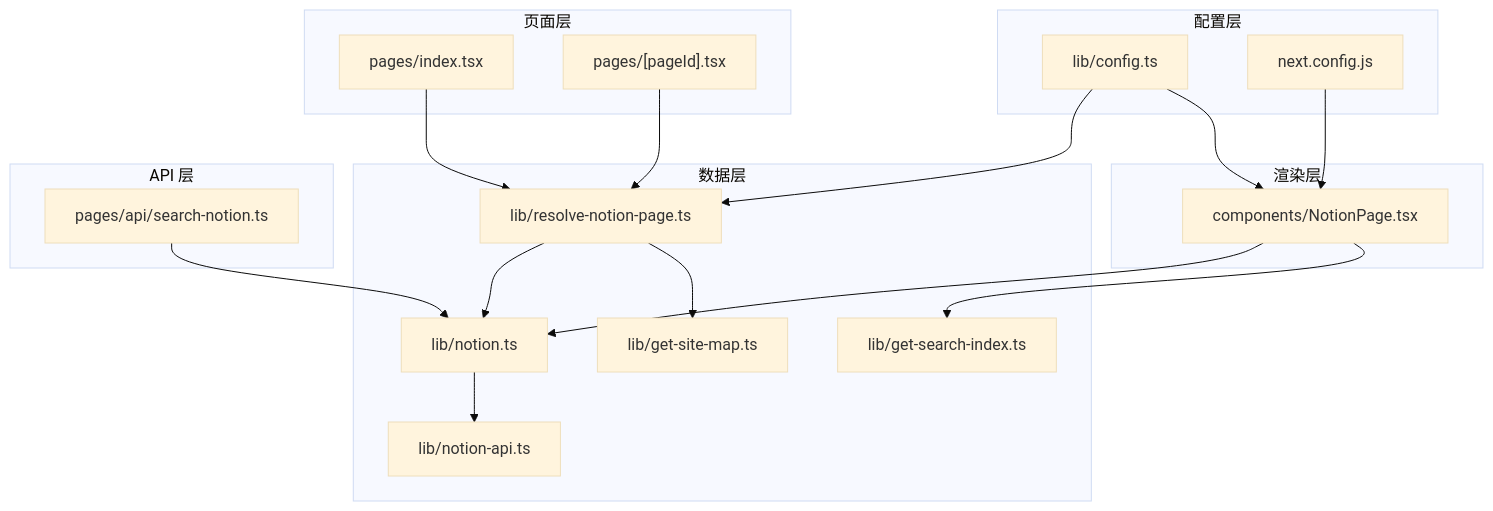
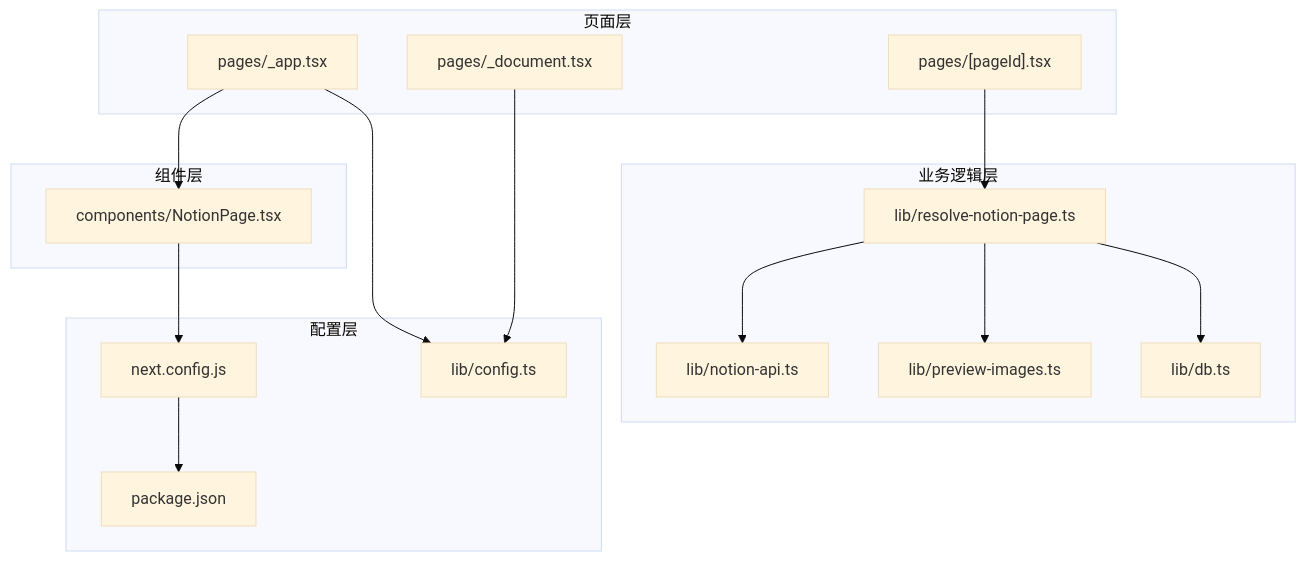
Before and after one commit to PhysicalMouse/nextjs-notion-starter-kit: the first of 9 diagrams in .qoder/repowiki/zh/content/性能优化/性能优化.md, drawn with Mermaid (base theme). The commit also changed other lines of this file and 186 other files, not shown here.

````diff
--- a/.qoder/repowiki/zh/content/性能优化/性能优化.md
+++ b/.qoder/repowiki/zh/content/性能优化/性能优化.md
@@ -48,35 +40,31 @@
 ```mermaid
 graph TB
 subgraph "页面层"
-Index["pages/index.tsx"]
-PageId["pages/[pageId].tsx"]
+A["pages/_app.tsx"]
+B["pages/_document.tsx"]
+C["pages/[pageId].tsx"]
 end
-subgraph "数据层"
-Resolve["lib/resolve-notion-page.ts"]
-NotionCore["lib/notion.ts"]
-SiteMap["lib/get-site-map.ts"]
-SearchIndex["lib/get-search-index.ts"]
-NotionAPI["lib/notion-api.ts"]
-end
-subgraph "渲染层"
-NotionPageComp["components/NotionPage.tsx"]
+subgraph "业务逻辑层"
+D["lib/resolve-notion-page.ts"]
+E["lib/notion-api.ts"]
+F["lib/preview-images.ts"]
+G["lib/db.ts"]
 end
 subgraph "配置层"
-Config["lib/config.ts"]
-NextCfg["next.config.js"]
+H["lib/config.ts"]
+I["next.config.js"]
+J["package.json"]
 end
-subgraph "API 层"
-SearchAPI["pages/api/search-notion.ts"]
+subgraph "组件层"
+K["components/NotionPage.tsx"]
 end
-Index --> Resolve
-PageId --> Resolve
-Resolve --> NotionCore
-Resolve --> SiteMap
-NotionCore --> NotionAPI
-NotionPageComp --> NotionCore
-SearchAPI --> NotionCore
-NotionPageComp --> SearchIndex
-Config --> Resolve
-Config --> NotionPageComp
-NextCfg --> NotionPageComp
+C --> D
+D --> E
+D --> F
+D --> G
+A --> K
+A --> H
+B --> H
+K --> I
+I --> J
 ```
````
